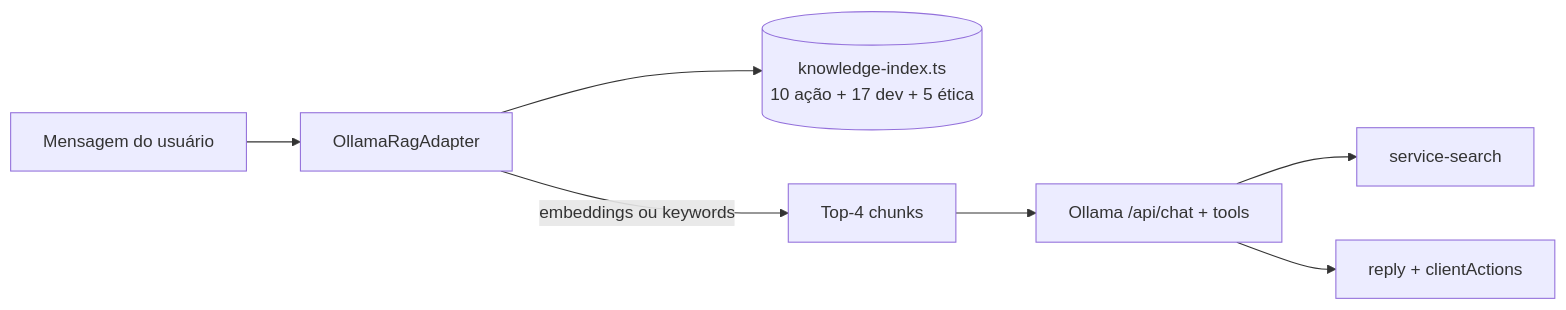
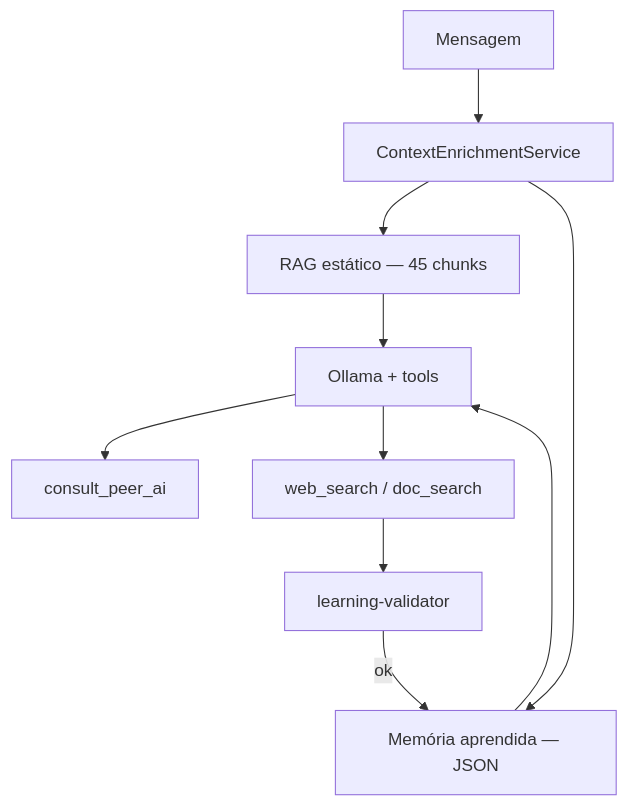
One commit to FranciscoStanley/MyJarvis changed the diagram in services/service-ai/README.md. Above: the diagram before and after it, drawn with Mermaid. The commit also changed other lines of this file and 9 other files, not shown here.

Commit message:
docs: alinha documentacao com aprendizado, peer AIs e RAG 45 chunks

````diff
--- a/services/service-ai/README.md
+++ b/services/service-ai/README.md
@@ -36,9 +35,12 @@
 ```mermaid
-flowchart LR
-    MSG[Mensagem do usuário] --> RAG[OllamaRagAdapter]
-    RAG --> KB[(knowledge-index.ts<br/>10 ação + 17 dev + 5 ética)]
-    RAG -->|embeddings ou keywords| CTX[Top-4 chunks]
-    CTX --> OLLAMA[Ollama /api/chat + tools]
-    OLLAMA --> SEARCH[service-search]
-    OLLAMA --> REPLY[reply + clientActions]
+flowchart TB
+    MSG[Mensagem] --> CTX[ContextEnrichmentService]
+    CTX --> RAG[RAG estático — 45 chunks]
+    CTX --> MEM[Memória aprendida — JSON]
+    RAG --> OLLAMA[Ollama + tools]
+    MEM --> OLLAMA
+    OLLAMA --> PEER[consult_peer_ai]
+    OLLAMA --> SEARCH[web_search / doc_search]
+    SEARCH --> VAL[learning-validator]
+    VAL -->|ok| MEM
 ```
````
